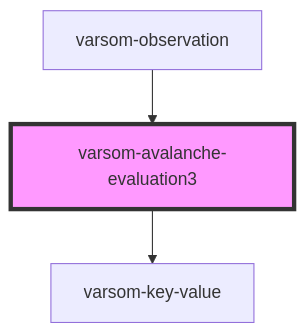
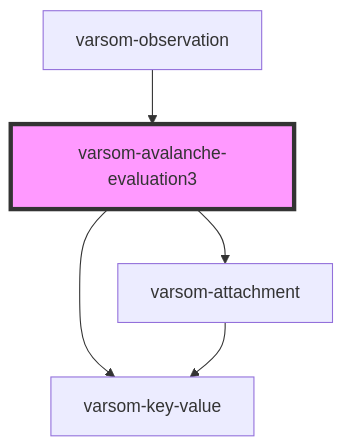
Before and after one commit to NVE/varsom-observation: the diagram in observasjonskort/src/components/varsom-avalanche-evaluation3/readme.md, drawn with Mermaid. The commit also changed other lines of this file and 17 other files, not shown here.

````diff
--- a/observasjonskort/src/components/varsom-avalanche-evaluation3/readme.md
+++ b/observasjonskort/src/components/varsom-avalanche-evaluation3/readme.md
@@ -34,6 +35,8 @@
 ```mermaid
 graph TD;
   varsom-avalanche-evaluation3 --> varsom-key-value
+  varsom-avalanche-evaluation3 --> varsom-attachment
+  varsom-attachment --> varsom-key-value
   varsom-observation --> varsom-avalanche-evaluation3
   style varsom-avalanche-evaluation3 fill:#f9f,stroke:#333,stroke-width:4px
 ```
````
